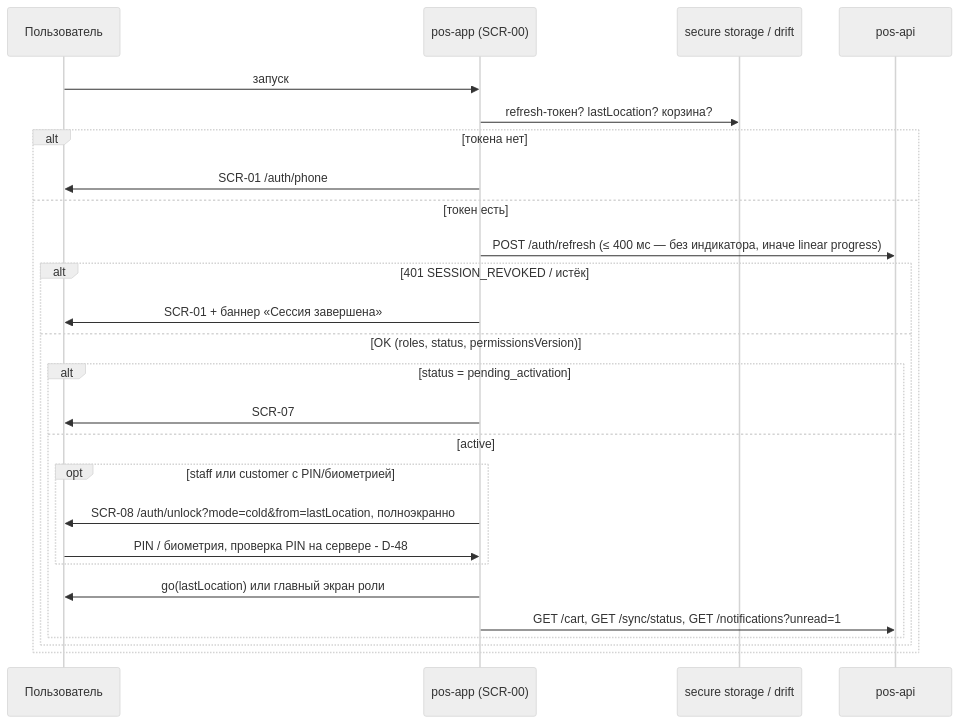
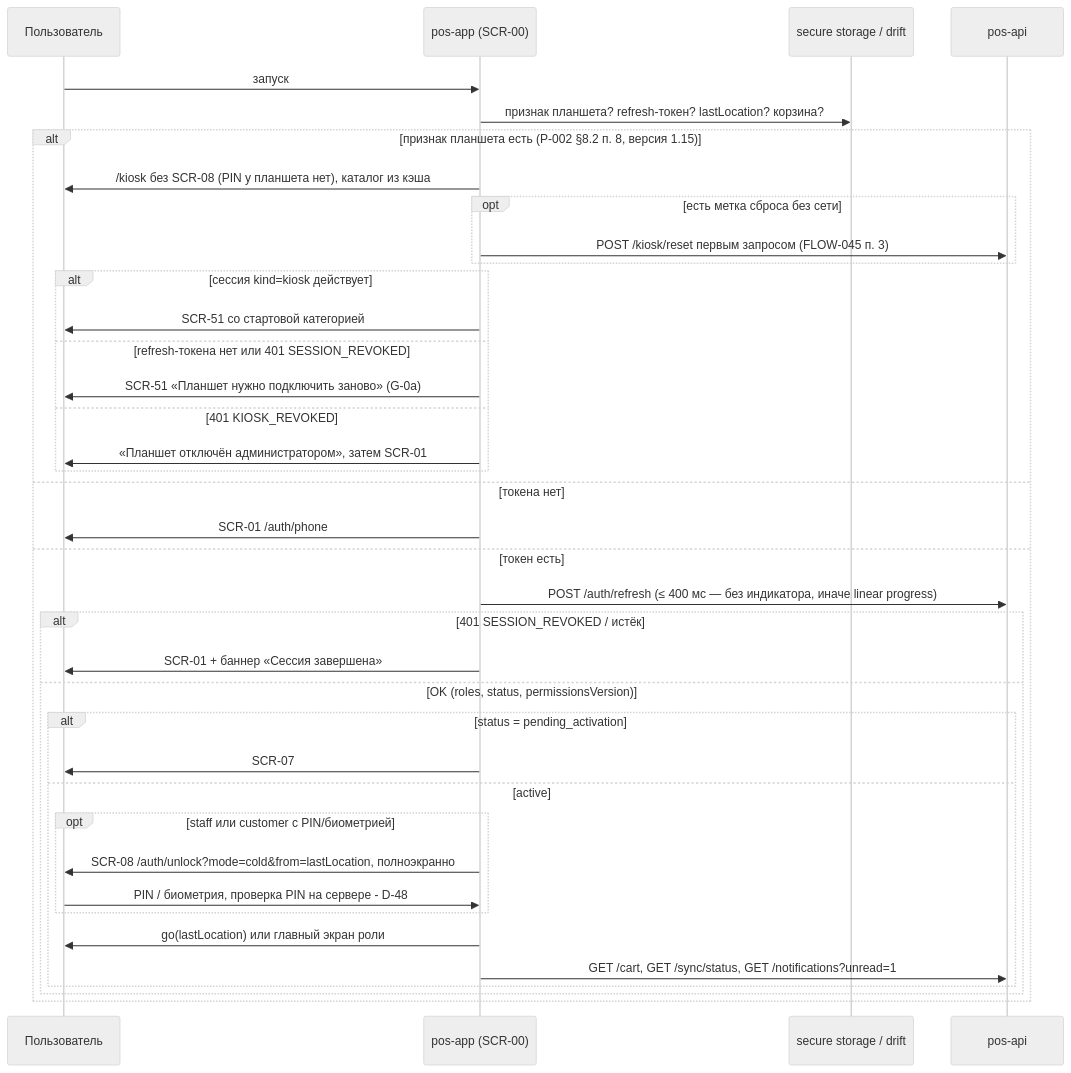
One commit to adhamjon100/optomstroy changed the third of 5 diagrams in docs/specification/visual/navigation.md. Above: the diagram before and after it, drawn with Mermaid (neutral theme). The commit also changed other lines of this file and 532 other files, not shown here.

````diff
--- a/docs/specification/visual/navigation.md
+++ b/docs/specification/visual/navigation.md
@@ -411,28 +463,40 @@
 ```mermaid
 sequenceDiagram
   participant U as Пользователь
   participant A as pos-app (SCR-00)
   participant S as secure storage / drift
   participant API as pos-api
   U->>A: запуск
-  A->>S: refresh-токен? lastLocation? корзина?
-  alt токена нет
+  A->>S: признак планшета? refresh-токен? lastLocation? корзина?
+  alt признак планшета есть (P-002 §8.2 п. 8, версия 1.15)
+    A->>U: /kiosk без SCR-08 (PIN у планшета нет), каталог из кэша
+    opt есть метка сброса без сети
+      A->>API: POST /kiosk/reset первым запросом (FLOW-045 п. 3)
+    end
+    alt сессия kind=kiosk действует
+      A->>U: SCR-51 со стартовой категорией
+    else refresh-токена нет или 401 SESSION_REVOKED
+      A->>U: SCR-51 «Планшет нужно подключить заново» (G-0a)
+    else 401 KIOSK_REVOKED
+      A->>U: «Планшет отключён администратором», затем SCR-01
+    end
+  else токена нет
     A->>U: SCR-01 /auth/phone
   else токен есть
     A->>API: POST /auth/refresh (≤ 400 мс — без индикатора, иначе linear progress)
     alt 401 SESSION_REVOKED / истёк
       A->>U: SCR-01 + баннер «Сессия завершена»
     else OK (roles, status, permissionsVersion)
       alt status = pending_activation
         A->>U: SCR-07
       else active
         opt staff или customer с PIN/биометрией
           A->>U: SCR-08 /auth/unlock?mode=cold&from=lastLocation, полноэкранно
           U->>A: PIN / биометрия, проверка PIN на сервере - D-48
         end
         A->>U: go(lastLocation) или главный экран роли
         A->>API: GET /cart, GET /sync/status, GET /notifications?unread=1
       end
     end
   end
 ```
````
